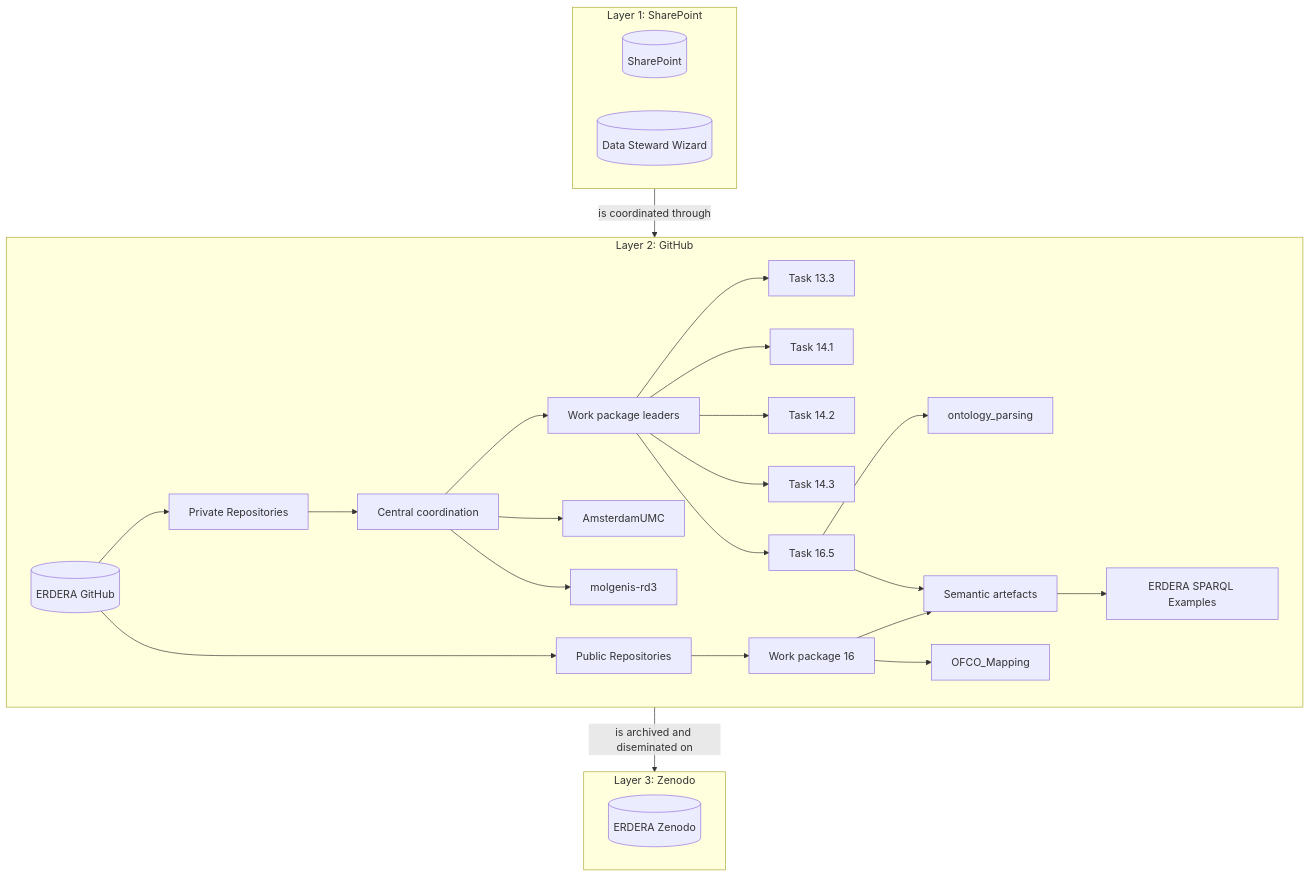
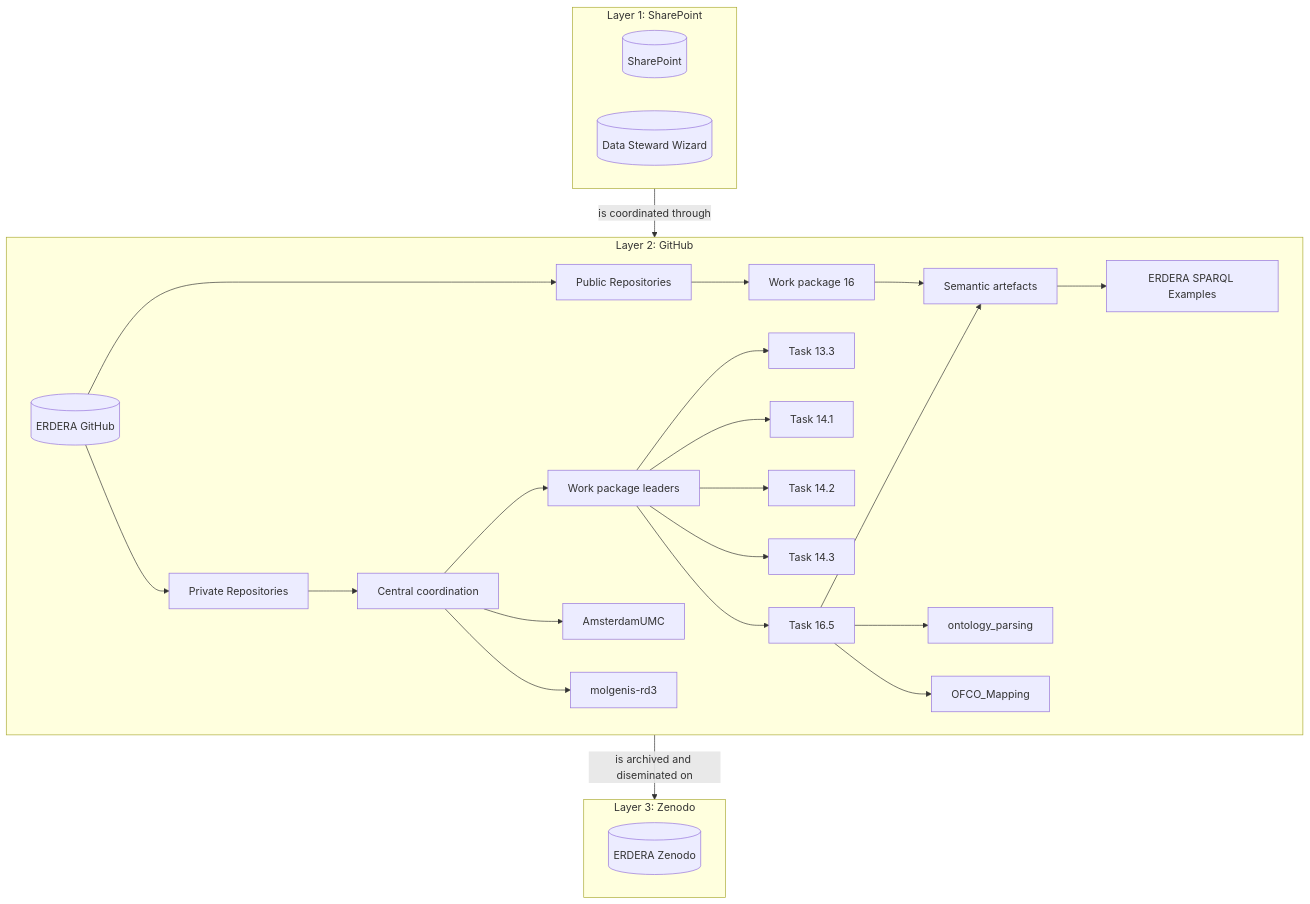
Before and after one commit to ERDERA/REPO-central-coordination: the diagram in README.md, drawn with Mermaid.

````diff
--- a/README.md
+++ b/README.md
@@ -62,35 +62,36 @@
 ```mermaid
 graph TD
     subgraph ClusterA [Layer 1: SharePoint]
         SP[(SharePoint)]
         DSW[(Data Steward Wizard)]
     end
 
     subgraph ClusterB [Layer 2: GitHub]
     direction LR
         EGH[(ERDERA GitHub)] --> PrivR[Private Repositories]
         EGH --> PubR[Public Repositories]  
         PubR --> WP16[Work package 16]
         WP16 --> SE[Semantic artefacts]
-        WP16 --> OFCO[OFCO_Mapping]
+        
         SE --> SPARQLEX[ERDERA SPARQL Examples]
         PrivR --> CC[Central coordination]
         CC --> WPL[Work package leaders]
         CC --> AMC[AmsterdamUMC]
         CC --> MR[molgenis-rd3]
         WPL --> 13.3[Task 13.3]
         WPL --> 14.1[Task 14.1]
         WPL --> 14.2[Task 14.2]
         WPL --> 14.3[Task 14.3]
         WPL --> 16.5[Task 16.5]
         16.5 --> OP[ontology_parsing]
         16.5 --> SE
+        16.5 --> OFCO[OFCO_Mapping]
     end
 
     subgraph ClusterC [Layer 3: Zenodo]
         EZD[(ERDERA Zenodo)]
     end
     
     ClusterA --> |is coordinated through| ClusterB
     ClusterB --> |is archived and diseminated on| ClusterC
 ```
````
